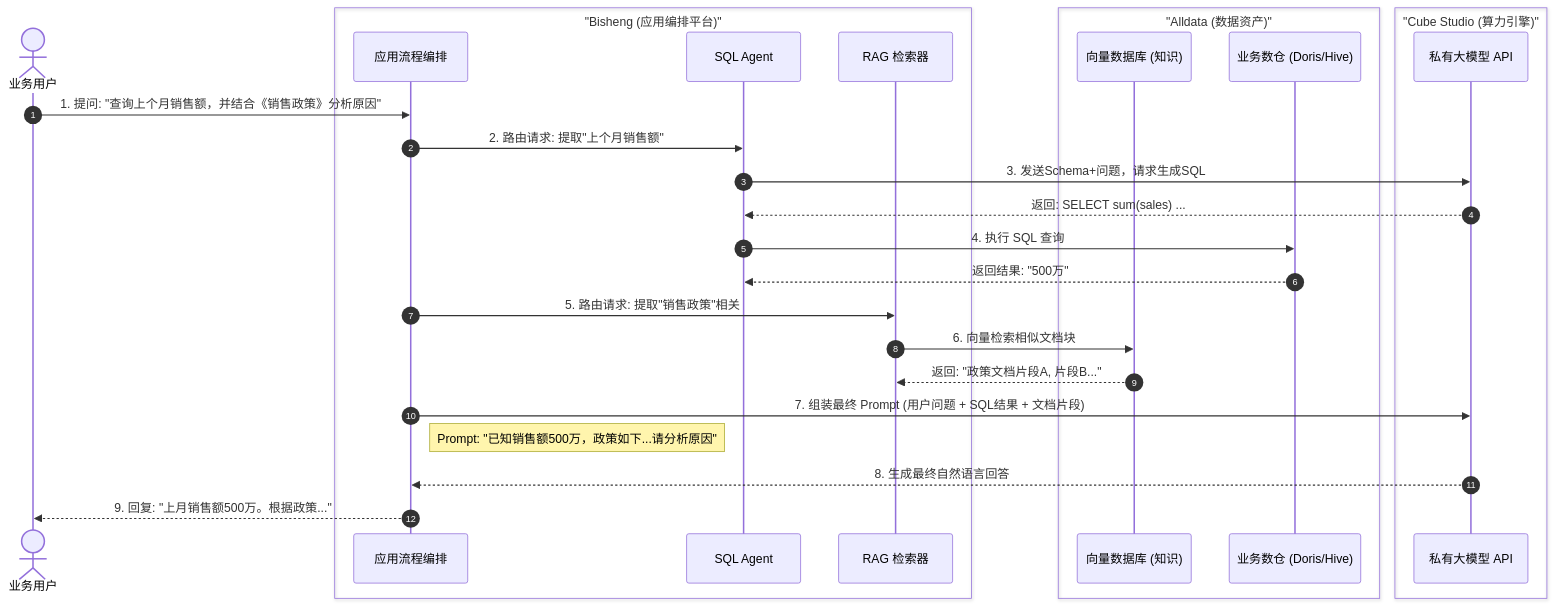
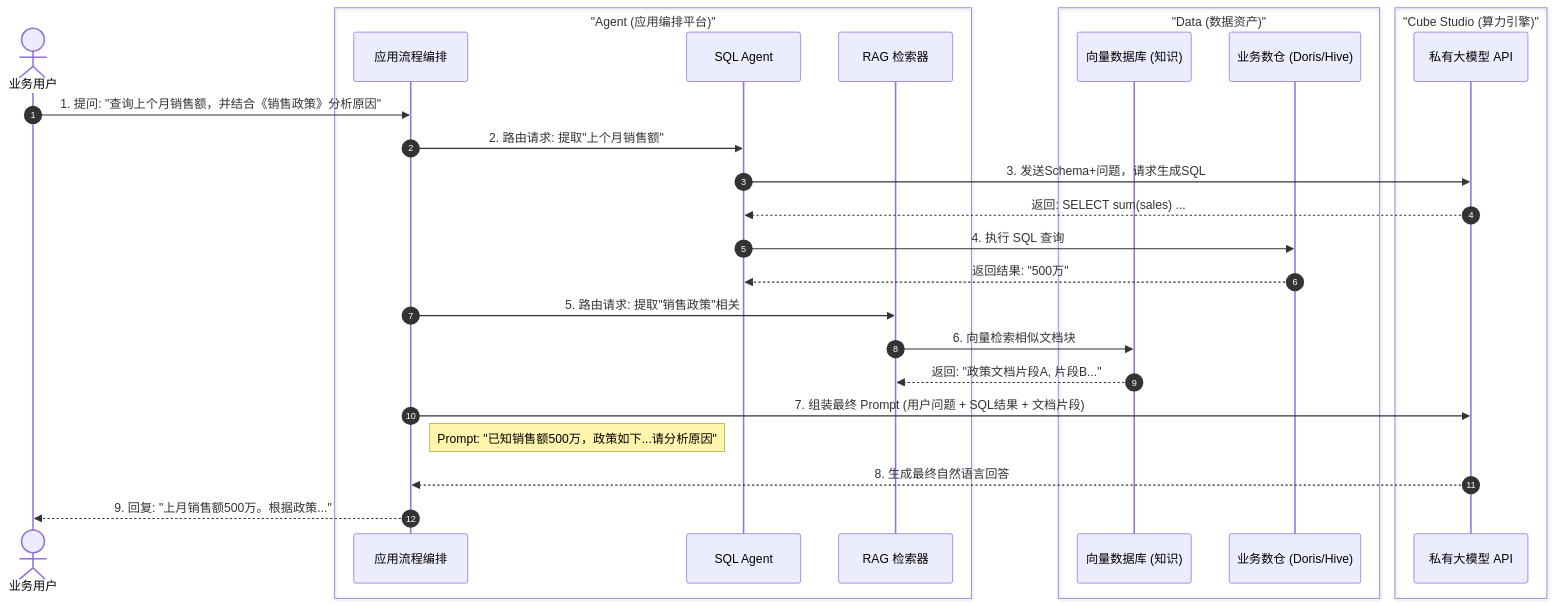
Before and after one commit to iannil/one-data-studio: the second of 4 diagrams in docs/02-integration/sequence-diagrams.md, drawn with Mermaid. The commit also changed other lines of this file and 228 other files, not shown here.

````diff
--- a/docs/02-integration/sequence-diagrams.md
+++ b/docs/02-integration/sequence-diagrams.md
@@ -83,41 +83,41 @@
 ```mermaid
 sequenceDiagram
     autonumber
     actor User as 业务用户
 
-    box "Bisheng (应用编排平台)" #fff3e0
+    box "Agent (应用编排平台)" #fff3e0
         participant App_Flow as 应用流程编排
         participant Agent_SQL as SQL Agent
         participant Agent_RAG as RAG 检索器
     end
 
-    box "Alldata (数据资产)" #e1f5fe
+    box "Data (数据资产)" #e1f5fe
         participant VectorDB as 向量数据库 (知识)
         participant DataWarehouse as 业务数仓 (Doris/Hive)
     end
 
     box "Cube Studio (算力引擎)" #e8f5e9
         participant LLM_API as 私有大模型 API
     end
 
     %% --- 用户提问 ---
     User->>App_Flow: 1. 提问: "查询上个月销售额，并结合《销售政策》分析原因"
 
     %% --- 分支A：结构化数据查询 (Text-to-SQL) ---
     App_Flow->>Agent_SQL: 2. 路由请求: 提取"上个月销售额"
     Agent_SQL->>LLM_API: 3. 发送Schema+问题，请求生成SQL
     LLM_API-->>Agent_SQL: 返回: SELECT sum(sales) ...
     Agent_SQL->>DataWarehouse: 4. 执行 SQL 查询
     DataWarehouse-->>Agent_SQL: 返回结果: "500万"
 
     %% --- 分支B：非结构化知识检索 (RAG) ---
     App_Flow->>Agent_RAG: 5. 路由请求: 提取"销售政策"相关
     Agent_RAG->>VectorDB: 6. 向量检索相似文档块
     VectorDB-->>Agent_RAG: 返回: "政策文档片段A, 片段B..."
 
     %% --- 最终合成 ---
     App_Flow->>LLM_API: 7. 组装最终 Prompt (用户问题 + SQL结果 + 文档片段)
     Note right of App_Flow: Prompt: "已知销售额500万，政策如下...请分析原因"
     LLM_API-->>App_Flow: 8. 生成最终自然语言回答
     App_Flow-->>User: 9. 回复: "上月销售额500万。根据政策..."
 ```
````
